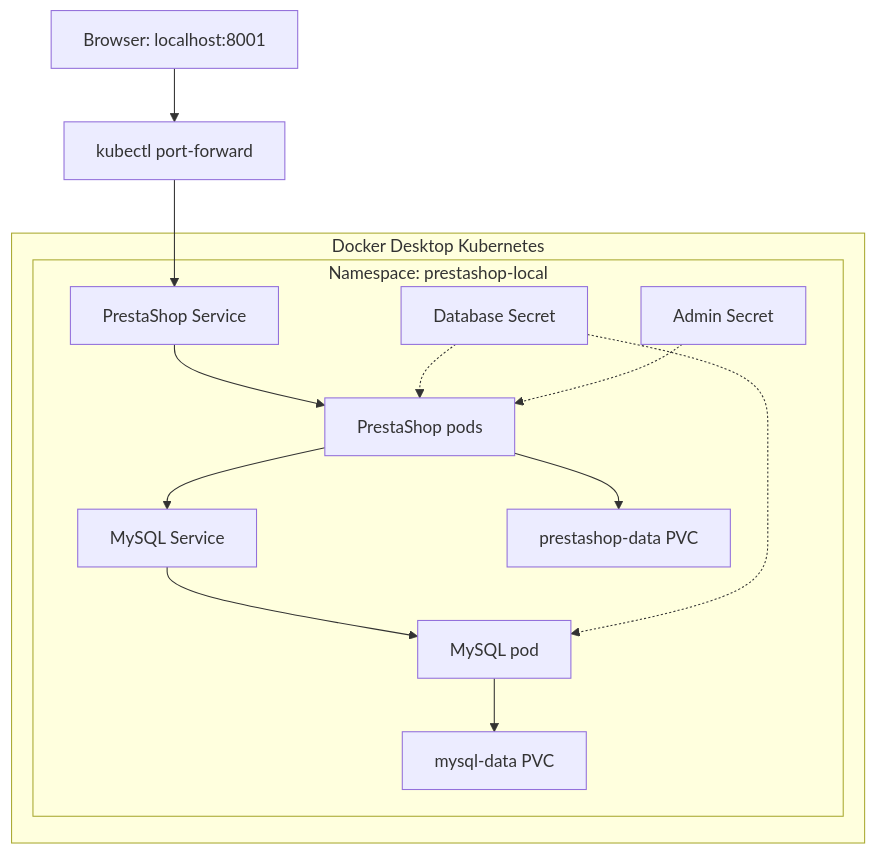
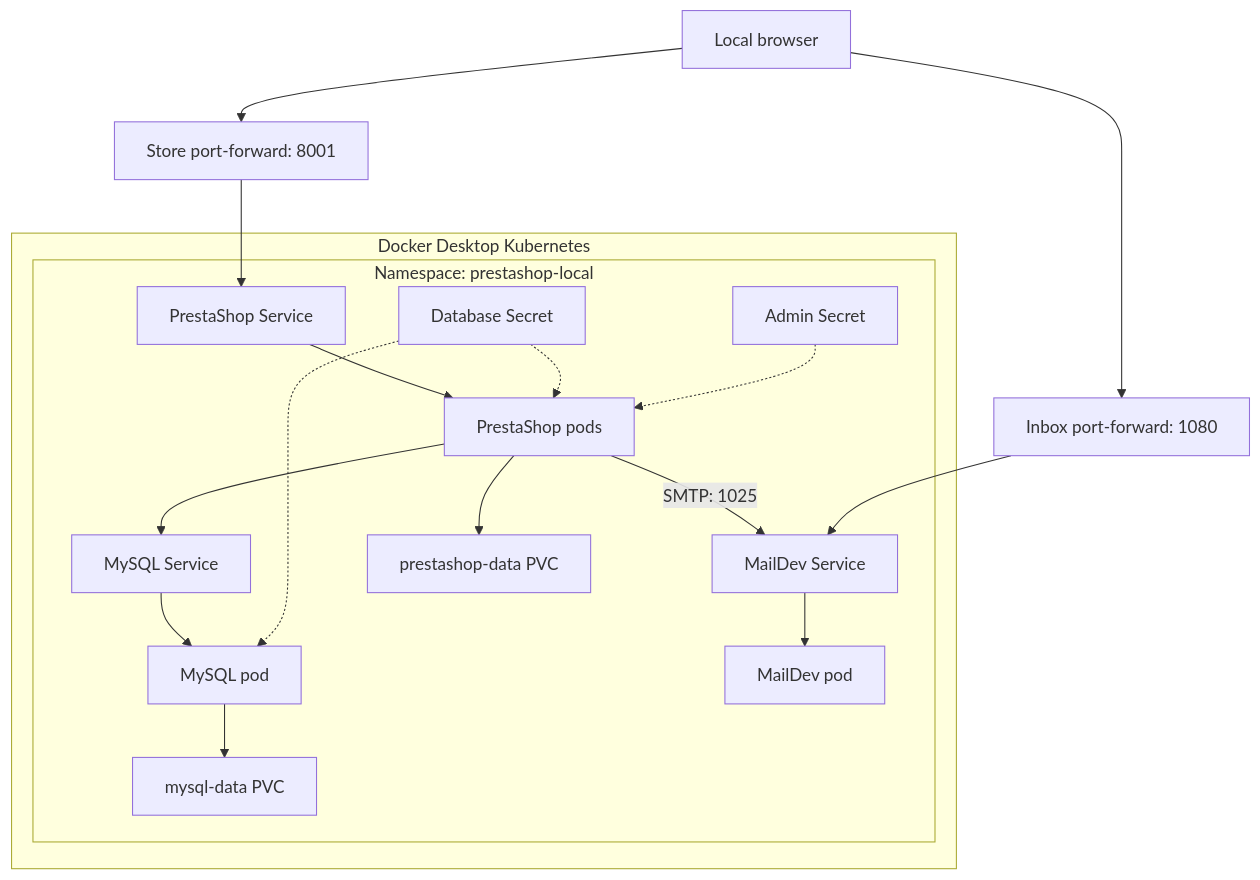
Before and after one commit to SilvaRohit/PrestaShop: the diagram in infrastructure/localdeploy/README.md, drawn with Mermaid. The commit also changed other lines of this file and 6 other files, not shown here.

````diff
--- a/infrastructure/localdeploy/README.md
+++ b/infrastructure/localdeploy/README.md
@@ -27,17 +28,21 @@
 ```mermaid
 flowchart TB
-    Browser["Browser: localhost:8001"] --> Forward["kubectl port-forward"]
+    Browser["Local browser"] --> Forward["Store port-forward: 8001"]
+    Browser --> MailForward["Inbox port-forward: 1080"]
     subgraph Cluster["Docker Desktop Kubernetes"]
       subgraph Namespace["Namespace: prestashop-local"]
         WebService["PrestaShop Service"] --> Web["PrestaShop pods"]
         Web --> DBService["MySQL Service"]
         DBService --> DB["MySQL pod"]
+        Web -->|"SMTP: 1025"| MailService["MailDev Service"]
+        MailService --> Mail["MailDev pod"]
         Web --> WebPVC["prestashop-data PVC"]
         DB --> DBPVC["mysql-data PVC"]
         DBSecret["Database Secret"] -.-> Web
         DBSecret -.-> DB
         AdminSecret["Admin Secret"] -.-> Web
       end
     end
     Forward --> WebService
+    MailForward --> MailService
 ```
````
